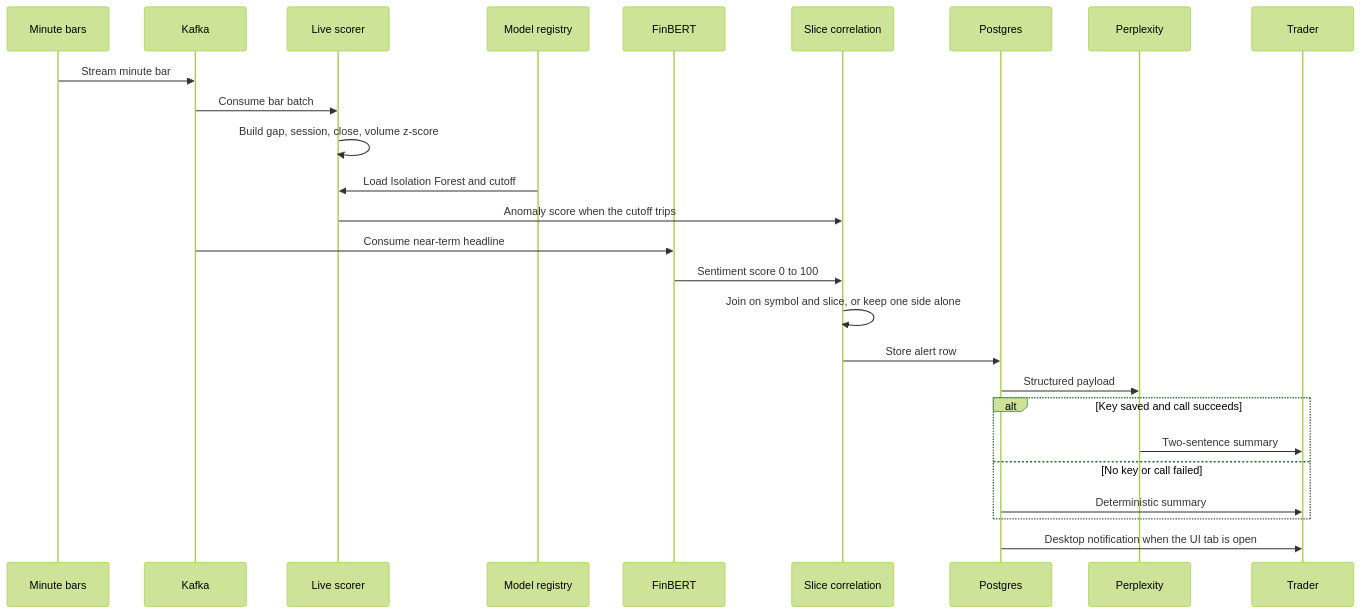
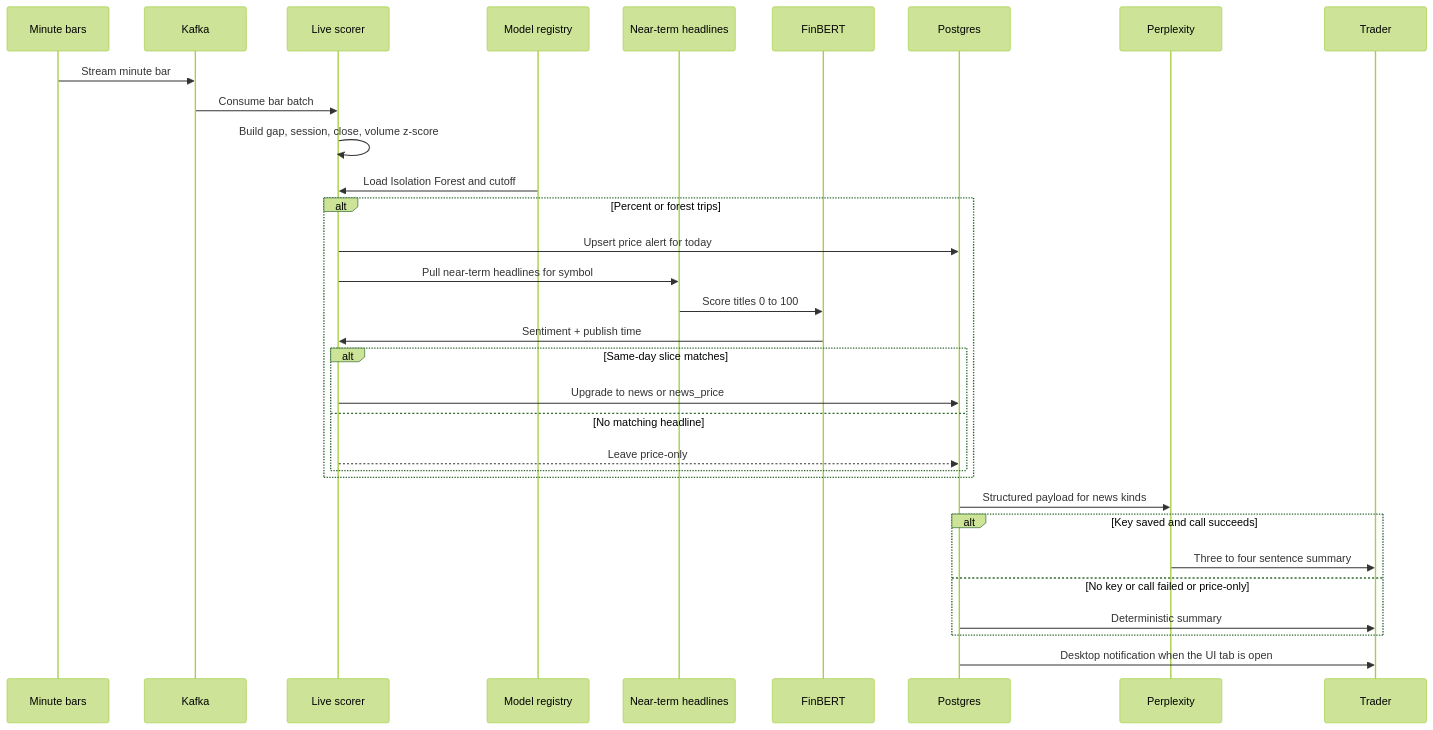
Before and after one commit to sameerde4/ticker-alert-system: the tenth of 10 diagrams in docs/architecture.md, drawn with Mermaid (forest theme). The commit also changed other lines of this file and 4 other files, not shown here.

First line of the commit message:
Document live forest as-built and price-then-news as the local final join.

````diff
--- a/docs/architecture.md
+++ b/docs/architecture.md
@@ -348,29 +362,35 @@
 ```mermaid
 sequenceDiagram
     participant Market as Minute bars
     participant Kafka
     participant Scorer as Live scorer
     participant Registry as Model registry
+    participant News as Near-term headlines
     participant FinBERT
-    participant Corr as Slice correlation
     participant PG as Postgres
     participant Pplx as Perplexity
     participant Trader
 
     Market->>Kafka: Stream minute bar
     Kafka->>Scorer: Consume bar batch
     Scorer->>Scorer: Build gap, session, close, volume z-score
     Registry->>Scorer: Load Isolation Forest and cutoff
-    Scorer->>Corr: Anomaly score when the cutoff trips
-    Kafka->>FinBERT: Consume near-term headline
-    FinBERT->>Corr: Sentiment score 0 to 100
-    Corr->>Corr: Join on symbol and slice, or keep one side alone
-    Corr->>PG: Store alert row
-    PG->>Pplx: Structured payload
+    alt Percent or forest trips
+        Scorer->>PG: Upsert price alert for today
+        Scorer->>News: Pull near-term headlines for symbol
+        News->>FinBERT: Score titles 0 to 100
+        FinBERT->>Scorer: Sentiment + publish time
+        alt Same-day slice matches
+            Scorer->>PG: Upgrade to news or news_price
+        else No matching headline
+            Scorer-->>PG: Leave price-only
+        end
+    end
+    PG->>Pplx: Structured payload for news kinds
     alt Key saved and call succeeds
-        Pplx->>Trader: Two-sentence summary
-    else No key or call failed
+        Pplx->>Trader: Three to four sentence summary
+    else No key or call failed or price-only
         PG->>Trader: Deterministic summary
     end
     PG->>Trader: Desktop notification when the UI tab is open
 ```
````
